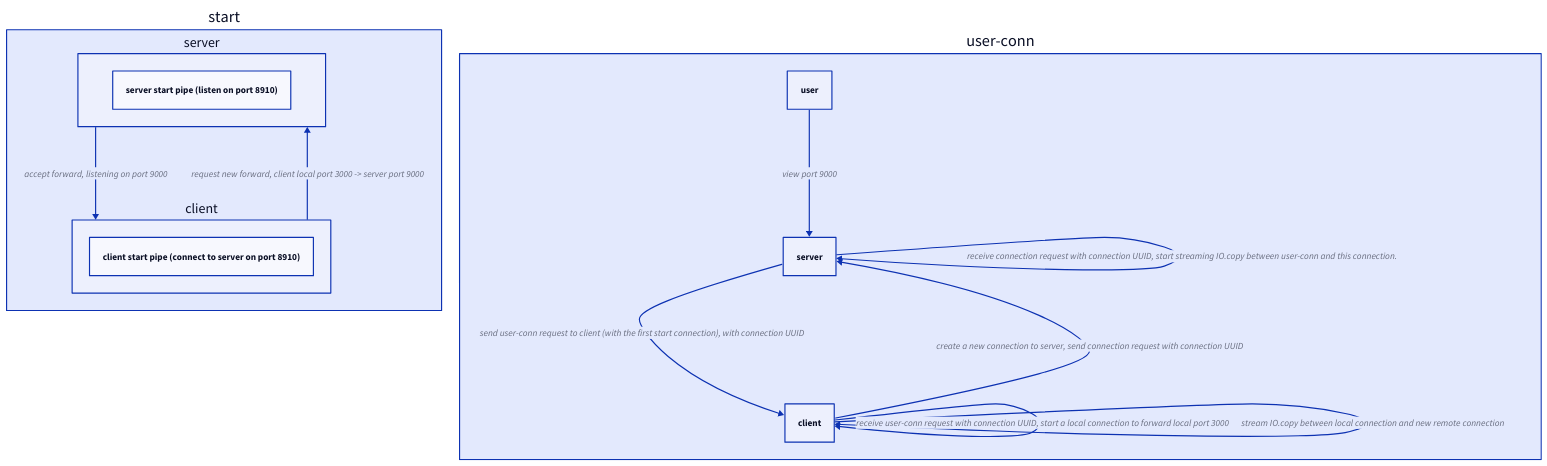
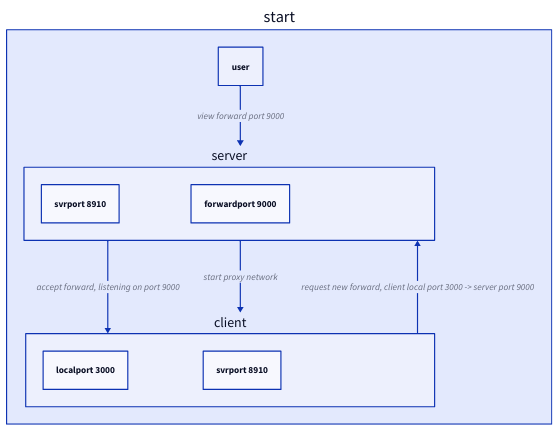
One commit to abcdlsj/abcdlsj.github.io changed the diagram in abcdlsj.github.io/posts/Pipe-build-a-proxy.md. Above: the diagram before and after it, drawn with D2. The commit also changed other lines of this file and 9 other files, not shown here.

````diff
--- a/abcdlsj.github.io/posts/Pipe-build-a-proxy.md
+++ b/abcdlsj.github.io/posts/Pipe-build-a-proxy.md
@@ -23,22 +23,18 @@
 ```d2 theme=104
 start: {
   server {
-    server start pipe (listen on port 8910)
+    svrport 8910
+    forwardport 9000
   }
   client {
-    client start pipe (connect to server on port 8910)
+    localport 3000
+    svrport 8910
   }
+  user {}
 
   client -> server: request new forward, client local port 3000 -> server port 9000
   server -> client: accept forward, listening on port 9000
-}
-
-user-conn: {
-  user -> server: view port 9000
-  server -> client: send user-conn request to client (with the first start connection), with connection UUID
-  client -> client: receive user-conn request with connection UUID, start a local connection to forward local port 3000
-  client -> server: create a new connection to server, send connection request with connection UUID
-  client -> client: stream IO.copy between local connection and new remote connection
-  server -> server: receive connection request with connection UUID, start streaming IO.copy between user-conn and this connection.
+  user -> server: view forward port 9000
+  server -> client: start proxy network
 }
 ```
````
